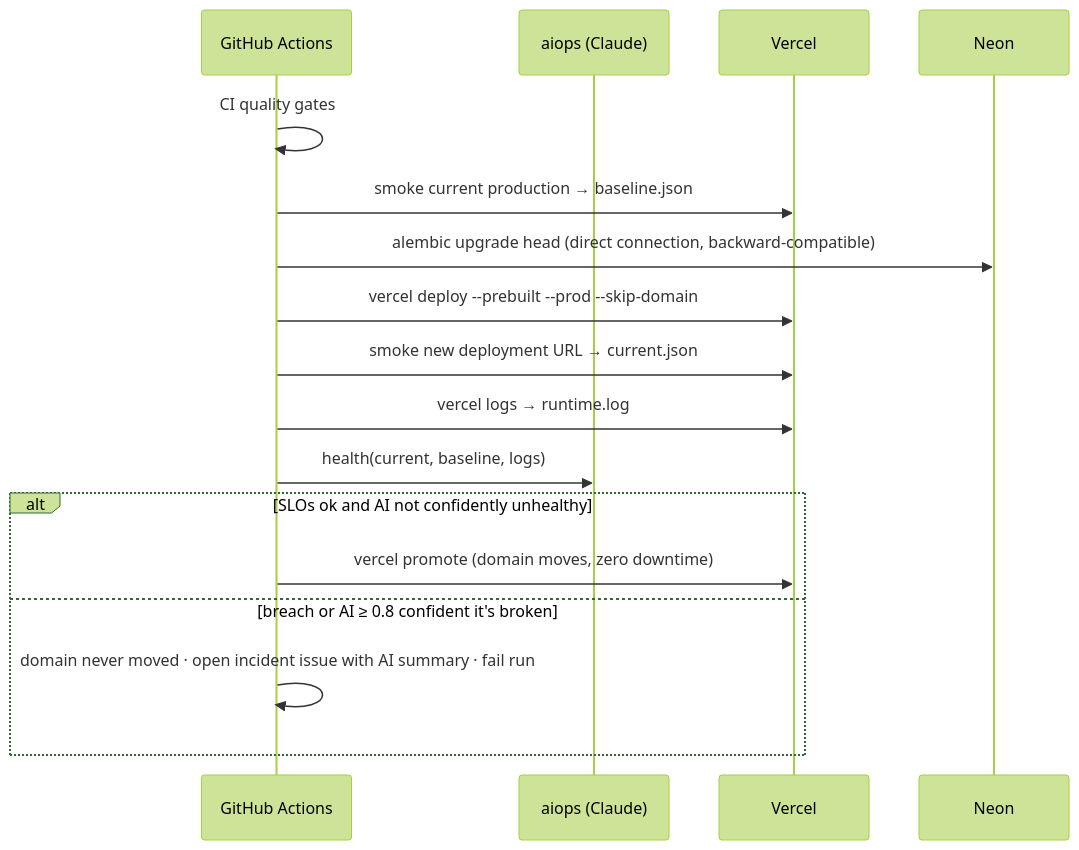
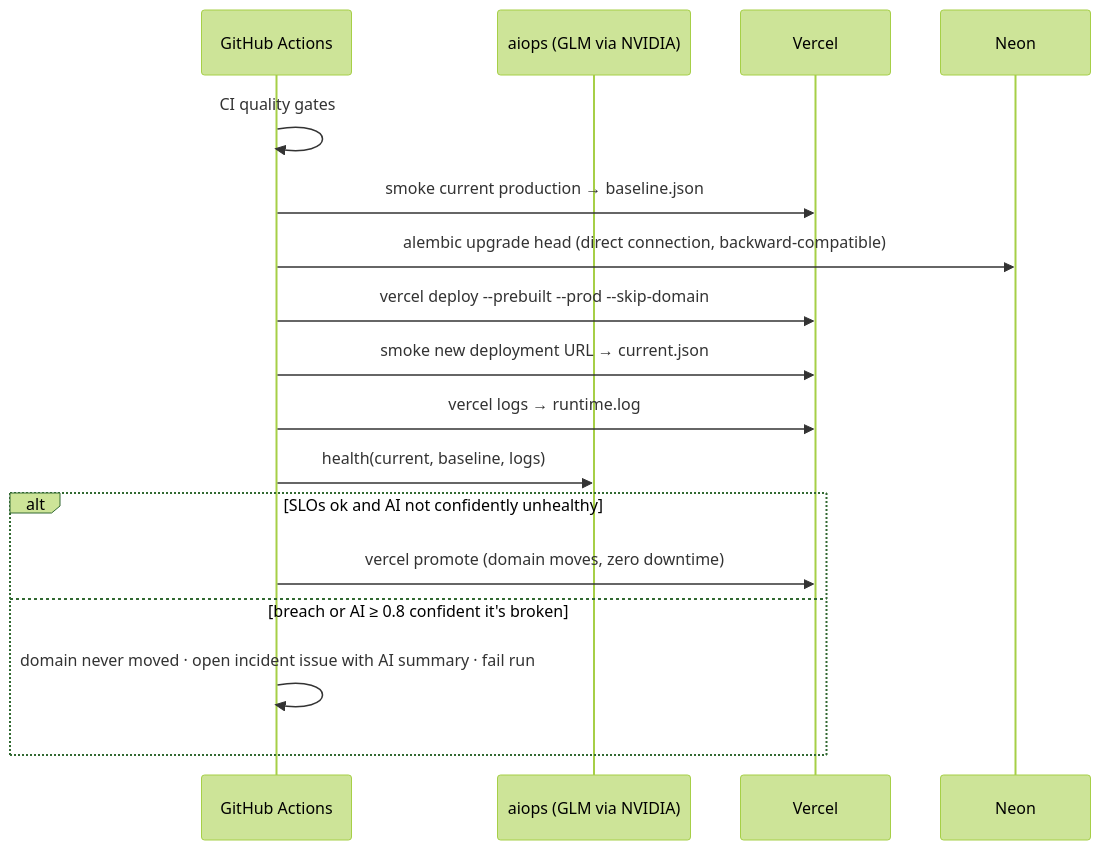
Before and after one commit to manojkumargogula/sparkboard: the fourth of 5 diagrams in docs/architecture.md, drawn with Mermaid (forest theme). The commit also changed 10 other files, not shown here.

First line of the commit message:
feat(aiops): run the AI pipeline on GLM via NVIDIA's API

````diff
--- a/docs/architecture.md
+++ b/docs/architecture.md
@@ -108,20 +108,20 @@
 ```mermaid
 sequenceDiagram
   participant GH as GitHub Actions
-  participant AI as aiops (Claude)
+  participant AI as aiops (GLM via NVIDIA)
   participant V as Vercel
   participant N as Neon
 
   GH->>GH: CI quality gates
   GH->>V: smoke current production → baseline.json
   GH->>N: alembic upgrade head (direct connection, backward-compatible)
   GH->>V: vercel deploy --prebuilt --prod --skip-domain
   GH->>V: smoke new deployment URL → current.json
   GH->>V: vercel logs → runtime.log
   GH->>AI: health(current, baseline, logs)
   alt SLOs ok and AI not confidently unhealthy
     GH->>V: vercel promote (domain moves, zero downtime)
   else breach or AI ≥ 0.8 confident it's broken
     GH->>GH: domain never moved · open incident issue with AI summary · fail run
   end
 ```
````
